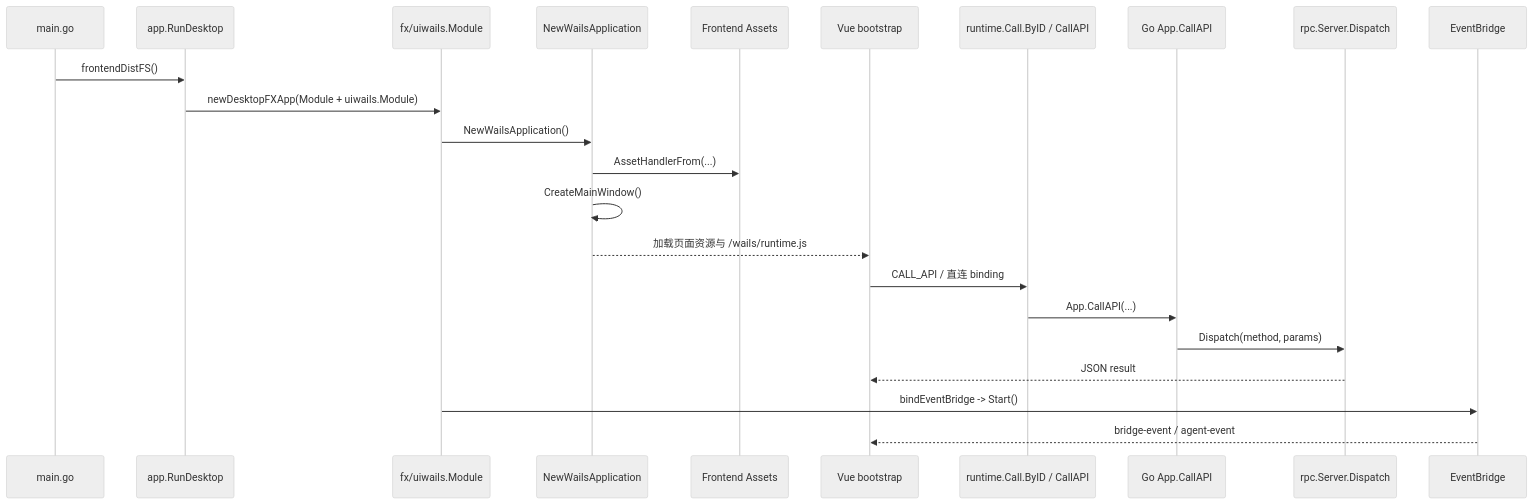
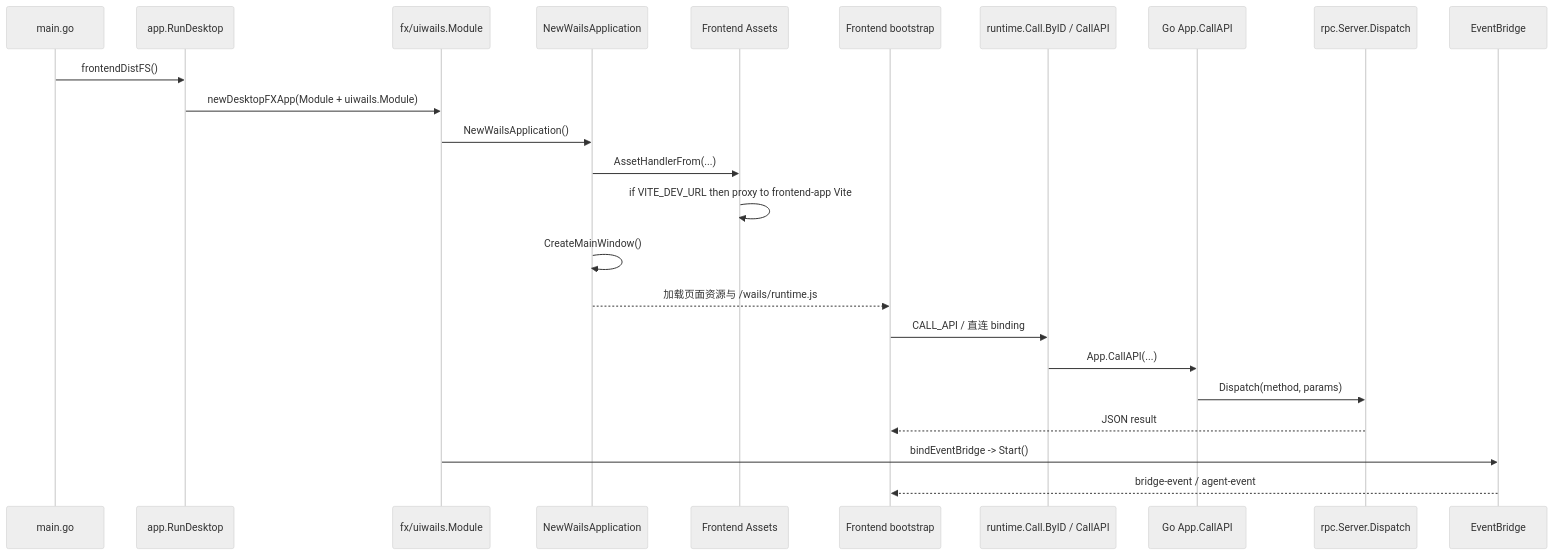
One commit to lihah111222333-cloud/Super-Dolphin-Agent-Cockpit changed the second of 4 diagrams in docs/doc/codemap/01-terminal-ui-go.md. Above: the diagram before and after it, drawn with Mermaid (neutral theme). The commit also changed other lines of this file and 16 other files, not shown here.

Commit message:
frontend-app：更新聊天工具栏和前端路径文档

````diff
--- a/docs/doc/codemap/01-terminal-ui-go.md
+++ b/docs/doc/codemap/01-terminal-ui-go.md
@@ -41,26 +41,27 @@
 ```mermaid
 sequenceDiagram
     participant M as main.go
     participant RD as app.RunDesktop
     participant FX as fx/uiwails.Module
     participant WA as NewWailsApplication
     participant FE as Frontend Assets
-    participant V as Vue bootstrap
+    participant V as Frontend bootstrap
     participant API as runtime.Call.ByID / CallAPI
     participant APP as Go App.CallAPI
     participant RPC as rpc.Server.Dispatch
     participant BR as EventBridge
 
     M->>RD: frontendDistFS()
     RD->>FX: newDesktopFXApp(Module + uiwails.Module)
     FX->>WA: NewWailsApplication()
     WA->>FE: AssetHandlerFrom(...)
+    FE->>FE: if VITE_DEV_URL then proxy to frontend-app Vite
     WA->>WA: CreateMainWindow()
     WA-->>V: 加载页面资源与 /wails/runtime.js
     V->>API: CALL_API / 直连 binding
     API->>APP: App.CallAPI(...)
     APP->>RPC: Dispatch(method, params)
     RPC-->>V: JSON result
     FX->>BR: bindEventBridge -> Start()
     BR-->>V: bridge-event / agent-event
 ```
````
